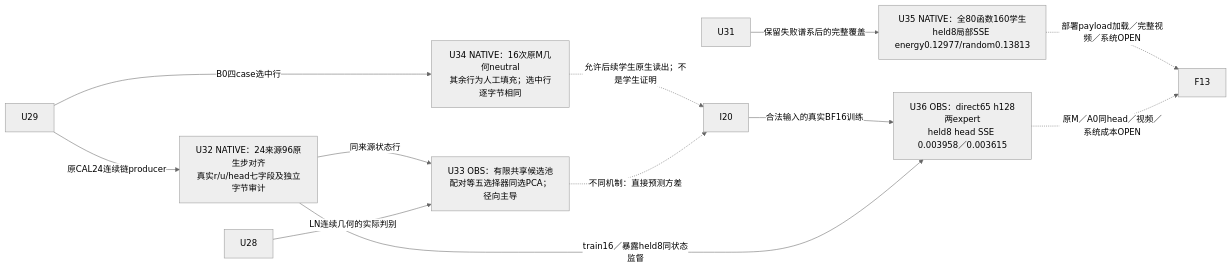
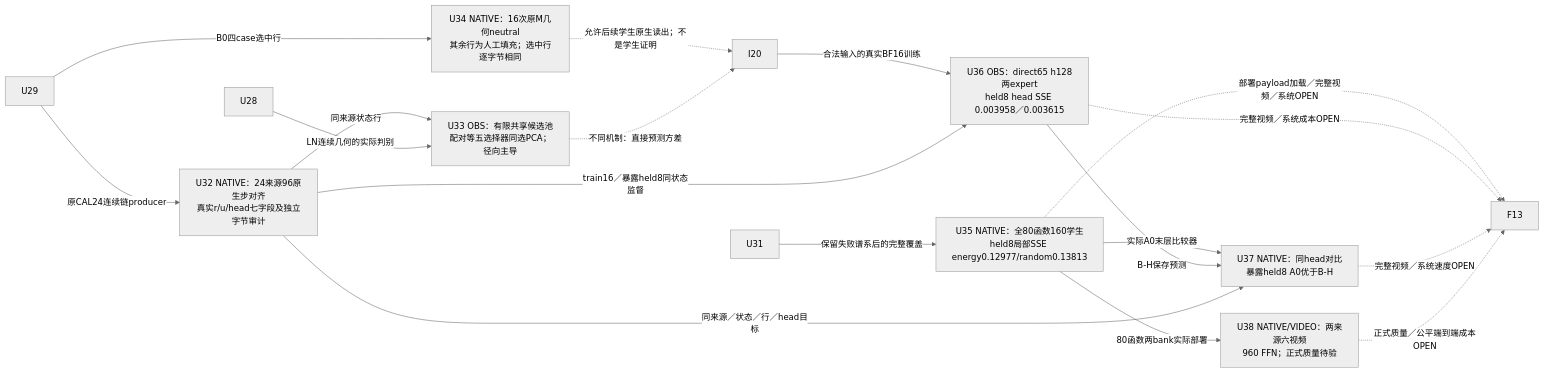
Diagram 45 of 46 in docs/98_端到端计算图与证据注解_20261025.md (Qesire/FFNDS), drawn with Mermaid (neutral theme) before and after one commit. The commit also changed other lines of this file and 29 other files, not shown here.

````diff
--- a/docs/98_端到端计算图与证据注解_20261025.md
+++ b/docs/98_端到端计算图与证据注解_20261025.md
@@ -1841,14 +1841,20 @@
 ```mermaid
 flowchart LR
   U29 -->|原CAL24连续链producer| U32["U32 NATIVE：24来源96原生步对齐<br/>真实r/u/head七字段及独立字节审计"]
   U32 -->|同来源状态行| U33["U33 OBS：有限共享候选池<br/>配对等五选择器同选PCA；径向主导"]
   U28 -->|LN连续几何的实际判别| U33
   U29 -->|B0四case选中行| U34["U34 NATIVE：16次原M几何neutral<br/>其余行为人工填充；选中行逐字节相同"]
   U34 -. "允许后续学生原生读出；不是学生证明" .-> I20
   U33 -. "不同机制：直接预测方差" .-> I20
   U31 -->|保留失败谱系后的完整覆盖| U35["U35 NATIVE：全80函数160学生<br/>held8局部SSE energy0.12977/random0.13813"]
   U35 -. "部署payload加载／完整视频／系统OPEN" .-> F13
   I20 -->|合法输入的真实BF16训练| U36["U36 OBS：direct65 h128两expert<br/>held8 head SSE 0.003958／0.003615"]
   U32 -->|train16／暴露held8同状态监督| U36
-  U36 -. "原M／A0同head／视频／系统成本OPEN" .-> F13
+  U36 -. "完整视频／系统成本OPEN" .-> F13
+  U35 -->|实际A0末层比较器| U37["U37 NATIVE：同head对比<br/>暴露held8 A0优于B-H"]
+  U36 -->|B-H保存预测| U37
+  U32 -->|同来源／状态／行／head目标| U37
+  U37 -. "完整视频／系统速度OPEN" .-> F13
+  U35 -->|80函数两bank实际部署| U38["U38 NATIVE/VIDEO：两来源六视频<br/>960 FFN；正式质量待验"]
+  U38 -. "正式质量／公平端到端成本OPEN" .-> F13
 ```
````
